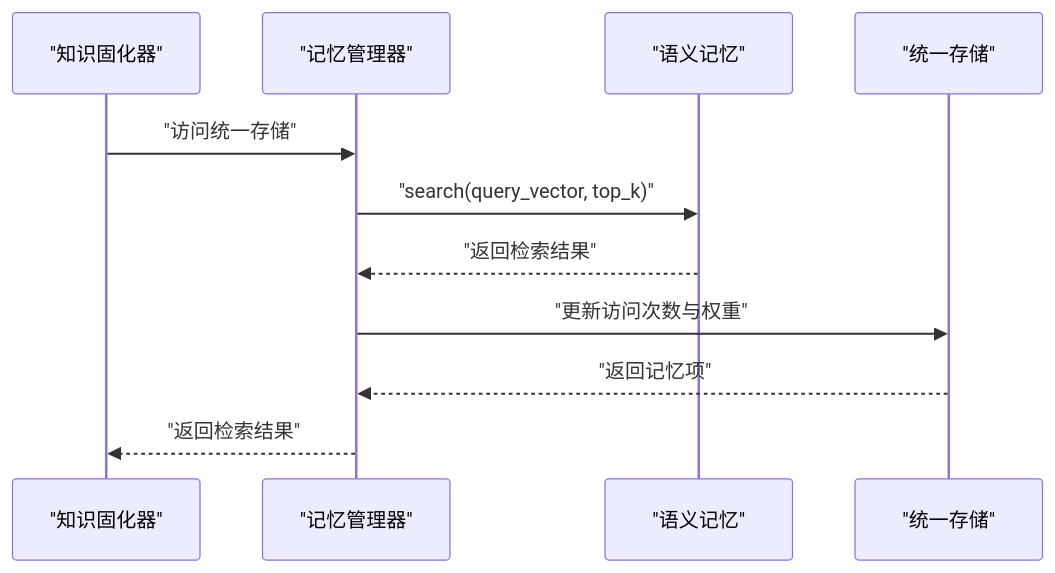
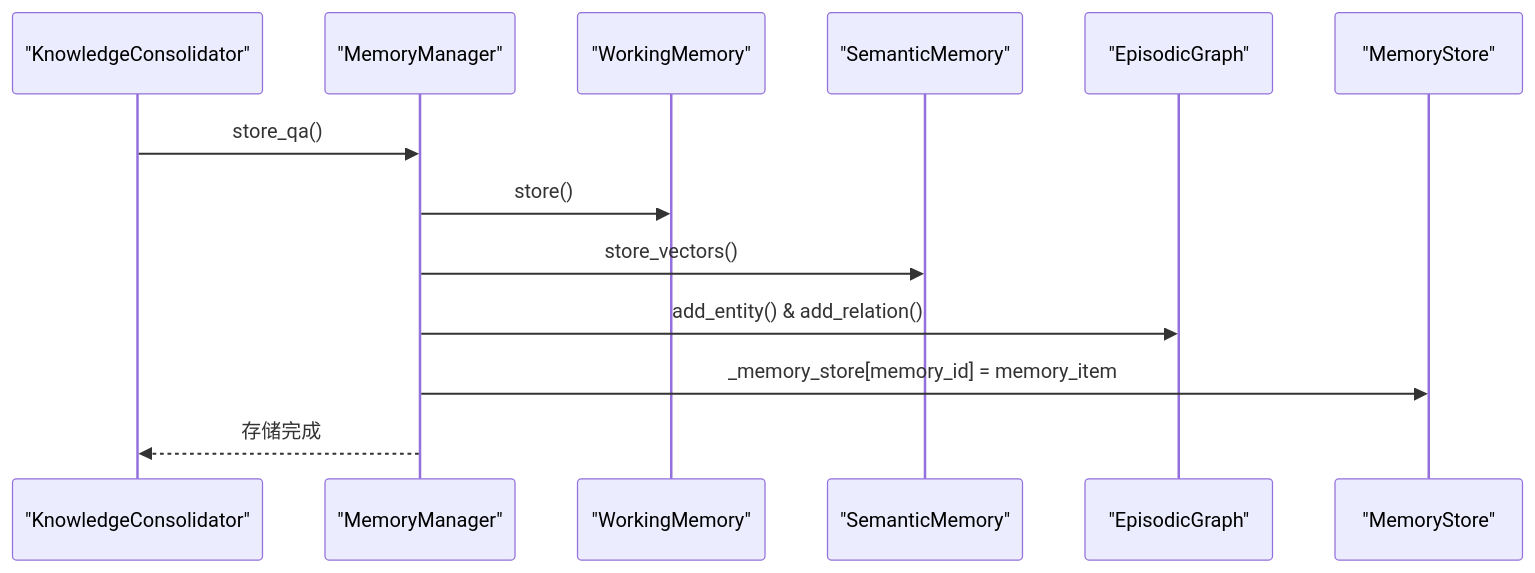
The ninth of 12 diagrams in .qoder/repowiki/zh/content/巩固层模块/知识固化系统.md (JieGaoPrinceton/NecoRAG), drawn with Mermaid before and after one commit. The commit also changed other lines of this file and 181 other files, not shown here.

````diff
--- a/.qoder/repowiki/zh/content/巩固层模块/知识固化系统.md
+++ b/.qoder/repowiki/zh/content/巩固层模块/知识固化系统.md
@@ -265,13 +319,15 @@
 ```mermaid
 sequenceDiagram
-participant KC as "知识固化器"
-participant MM as "记忆管理器"
-participant SM as "语义记忆"
-participant Store as "统一存储"
-KC->>MM : "访问统一存储"
-MM->>SM : "search(query_vector, top_k)"
-SM-->>MM : "返回检索结果"
-MM->>Store : "更新访问次数与权重"
-Store-->>MM : "返回记忆项"
-MM-->>KC : "返回检索结果"
+participant KC as "KnowledgeConsolidator"
+participant MM as "MemoryManager"
+participant WM as "WorkingMemory"
+participant SM as "SemanticMemory"
+participant EG as "EpisodicGraph"
+participant MS as "MemoryStore"
+KC->>MM : store_qa()
+MM->>WM : store()
+MM->>SM : store_vectors()
+MM->>EG : add_entity() & add_relation()
+MM->>MS : _memory_store[memory_id] = memory_item
+MM-->>KC : 存储完成
 ```
````
